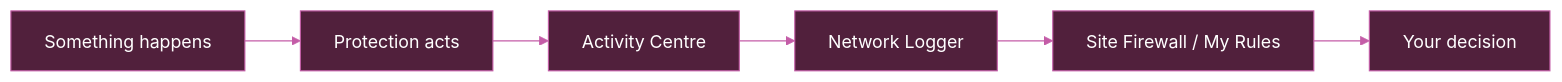
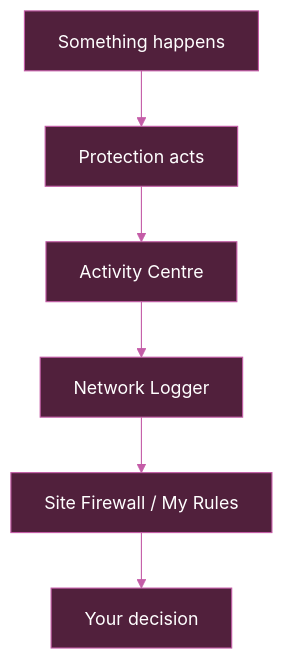
Before and after one commit to iri-dev/WardenOne: the third of 3 diagrams in README.md, drawn with Mermaid. The commit also changed other lines of this file, not shown here.

Commit message:
Keep README diagrams clear of GitHub controls

````diff
--- a/README.md
+++ b/README.md
@@ -812,11 +812,11 @@
 ```mermaid
-flowchart LR
+flowchart TB
     Event["Something happens"] --> Protection["Protection acts"]
     Protection --> Activity["Activity Centre"]
     Activity --> Logger["Network Logger"]
     Logger --> Firewall["Site Firewall / My Rules"]
     Firewall --> Decision["Your decision"]
     classDef warden fill:#51203c,stroke:#c45ca7,color:#ffffff
     class Event,Protection,Activity,Logger,Firewall,Decision warden
     linkStyle default stroke:#c45ca7
 ```
````
